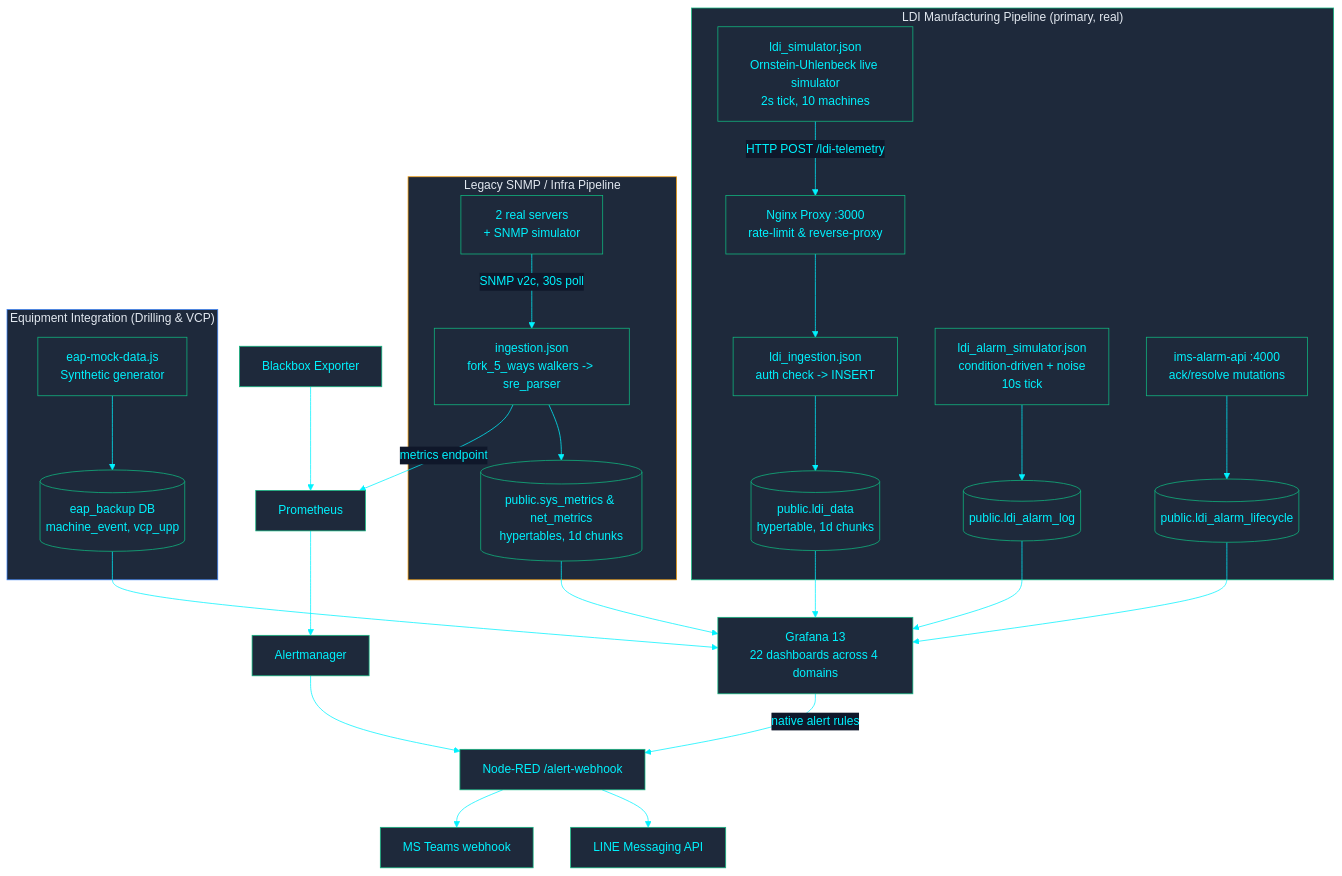
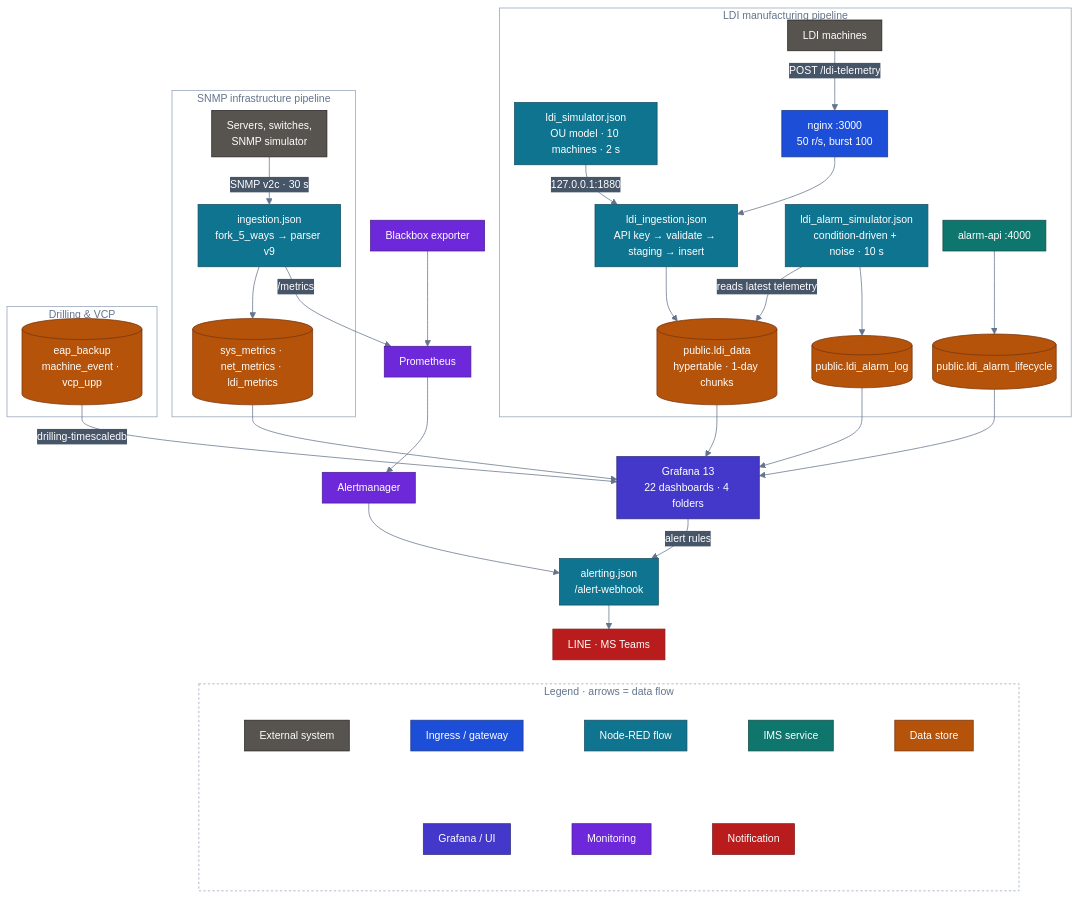
Before and after one commit to PATTANAKORN025/IMS: the diagram in docs/architecture/ARCHITECTURE.md, drawn with Mermaid. The commit also changed 84 other files, not shown here.

First line of the commit message:
docs(diagrams): one verified, accessible standard for every Mermaid diagram

````diff
--- a/docs/architecture/ARCHITECTURE.md
+++ b/docs/architecture/ARCHITECTURE.md
@@ -28,36 +28,80 @@
 ```mermaid
-%%{init: {'theme': 'base', 'themeVariables': { 'primaryColor': '#1e293b', 'primaryTextColor': '#00F2FE', 'primaryBorderColor': '#10B981', 'lineColor': '#00F2FE', 'secondaryColor': '#0f172a', 'tertiaryColor': '#0f172a', 'clusterBkg': '#030407', 'clusterBorder': '#00F2FE'}}}%%
+%%{init: {"flowchart": {"nodeSpacing": 20, "rankSpacing": 32, "padding": 10, "wrappingWidth": 150, "curve": "basis"}, "sequence": {"wrap": true, "width": 170, "actorMargin": 36, "boxMargin": 8, "noteMargin": 8, "messageMargin": 30, "mirrorActors": false}, "state": {"padding": 6}, "theme": "base", "themeVariables": {"fontFamily": "Inter, Segoe UI, Helvetica, Arial, sans-serif", "fontSize": "14px", "primaryColor": "#334155", "primaryTextColor": "#ffffff", "primaryBorderColor": "#1e293b", "lineColor": "#64748b", "textColor": "#64748b", "secondaryColor": "#475569", "tertiaryColor": "#f1f5f9", "clusterBkg": "transparent", "clusterBorder": "#94a3b8", "titleColor": "#64748b", "edgeLabelBackground": "#475569", "nodeTextColor": "#ffffff", "noteBkgColor": "#fef3c7", "noteTextColor": "#1e293b", "noteBorderColor": "#d97706", "actorBkg": "#334155", "actorTextColor": "#ffffff", "actorBorder": "#1e293b", "actorLineColor": "#94a3b8", "signalColor": "#64748b", "signalTextColor": "#64748b", "labelBoxBkgColor": "#334155", "labelBoxBorderColor": "#1e293b", "labelTextColor": "#ffffff", "loopTextColor": "#64748b", "activationBkgColor": "#e2e8f0", "sequenceNumberColor": "#ffffff", "stateLabelColor": "#ffffff", "compositeBackground": "transparent", "transitionColor": "#64748b", "transitionLabelColor": "#64748b"}}}%%
 flowchart TB
- subgraph LDI ["LDI Manufacturing Pipeline (primary, real)"]
-  SIM["ldi_simulator.json\nOrnstein-Uhlenbeck live simulator\n2s tick, 10 machines"] -->|"HTTP POST /ldi-telemetry"| PROXY["Nginx Proxy :3000\nrate-limit & reverse-proxy"]
-  PROXY --> ING["ldi_ingestion.json\nauth check -> INSERT"]
-  ING --> LDIDATA[("public.ldi_data\nhypertable, 1d chunks")]
-  ALMSIM["ldi_alarm_simulator.json\ncondition-driven + noise\n10s tick"] --> ALARMLOG[("public.ldi_alarm_log")]
-  ALARMAPI["ims-alarm-api :4000\nack/resolve mutations"] --> ALARMLC[("public.ldi_alarm_lifecycle")]
- end
+  accTitle: IMS telemetry pipelines
+  accDescr: The LDI pipeline (HTTP, staged write) and the SNMP infrastructure pipeline write to TimescaleDB; drilling and VCP data live in the separate eap_backup database; both alert engines deliver through the Node-RED webhook.
 
- subgraph LEGACY ["Legacy SNMP / Infra Pipeline"]
-  DEV["2 real servers\n+ SNMP simulator"] -->|"SNMP v2c, 30s poll"| NR["ingestion.json\nfork_5_ways walkers -> sre_parser"]
-  NR --> SNMPDATA[("public.sys_metrics & net_metrics\nhypertables, 1d chunks")]
- end
+  subgraph LDI["LDI manufacturing pipeline"]
+    LDIM["LDI machines"]:::ext
+    SIM["ldi_simulator.json<br/>OU model · 10 machines · 2 s"]:::flow
+    PROXY["nginx :3000<br/>50 r/s, burst 100"]:::ingress
+    ING["ldi_ingestion.json<br/>API key → validate → staging → insert"]:::flow
+    LDIDATA[("public.ldi_data<br/>hypertable · 1-day chunks")]:::store
+    ALMSIM["ldi_alarm_simulator.json<br/>condition-driven + noise · 10 s"]:::flow
+    ALARMLOG[("public.ldi_alarm_log")]:::store
+    ALARMAPI["alarm-api :4000"]:::app
+    ALARMLC[("public.ldi_alarm_lifecycle")]:::store
+  end
 
- subgraph EAP ["Equipment Integration (Drilling & VCP)"]
-  MOCK["eap-mock-data.js\nSynthetic generator"] --> EAPDB[("eap_backup DB\nmachine_event, vcp_upp")]
- end
+  subgraph INFRA["SNMP infrastructure pipeline"]
+    DEV["Servers, switches,<br/>SNMP simulator"]:::ext
+    NR["ingestion.json<br/>fork_5_ways → parser v9"]:::flow
+    SNMPDATA[("sys_metrics · net_metrics · ldi_metrics")]:::store
+  end
 
- LDIDATA --> GRAFANA["Grafana 13\n22 dashboards across 4 domains"]
- ALARMLOG --> GRAFANA
- ALARMLC --> GRAFANA
- SNMPDATA --> GRAFANA
- EAPDB --> GRAFANA
- NR -->|"metrics endpoint"| PROM["Prometheus"]
- BBOX["Blackbox Exporter"] --> PROM
- GRAFANA -->|"native alert rules"| NRWEBHOOK["Node-RED /alert-webhook"]
- PROM --> AM["Alertmanager"] --> NRWEBHOOK
- NRWEBHOOK --> LINE["LINE Messaging API"]
- NRWEBHOOK --> TEAMS["MS Teams webhook"]
+  subgraph EAP["Drilling & VCP"]
+    EAPDB[("eap_backup<br/>machine_event · vcp_upp")]:::store
+  end
 
- style LDI fill:#1e293b,stroke:#10B981,color:#e2e8f0
- style LEGACY fill:#1e293b,stroke:#F59E0B,color:#e2e8f0
- style EAP fill:#1e293b,stroke:#3B82F6,color:#e2e8f0
+  GRAFANA["Grafana 13<br/>22 dashboards · 4 folders"]:::viz
+  PROM["Prometheus"]:::obs
+  BBOX["Blackbox exporter"]:::obs
+  AM["Alertmanager"]:::obs
+  HOOK["alerting.json<br/>/alert-webhook"]:::flow
+  NOTIFY["LINE · MS Teams"]:::notify
+
+  LDIM -->|"POST /ldi-telemetry"| PROXY --> ING
+  SIM -->|"127.0.0.1:1880"| ING
+  ING --> LDIDATA
+  ALMSIM -->|"reads latest telemetry"| LDIDATA
+  ALMSIM --> ALARMLOG
+  ALARMAPI --> ALARMLC
+  DEV -->|"SNMP v2c · 30 s"| NR --> SNMPDATA
+  LDIDATA --> GRAFANA
+  ALARMLOG --> GRAFANA
+  ALARMLC --> GRAFANA
+  SNMPDATA --> GRAFANA
+  EAPDB -->|"drilling-timescaledb"| GRAFANA
+  NR -->|"/metrics"| PROM
+  BBOX --> PROM
+  PROM --> AM --> HOOK
+  GRAFANA -->|"alert rules"| HOOK
+  HOOK --> NOTIFY
+
+  subgraph LEGEND["Legend · arrows = data flow"]
+    direction TB
+    subgraph LEGEND_0[" "]
+      direction LR
+      LG_ext["External system"]:::ext ~~~ LG_ingress["Ingress / gateway"]:::ingress ~~~ LG_flow["Node-RED flow"]:::flow ~~~ LG_app["IMS service"]:::app ~~~ LG_store["Data store"]:::store
+    end
+    subgraph LEGEND_1[" "]
+      direction LR
+      LG_viz["Grafana / UI"]:::viz ~~~ LG_obs["Monitoring"]:::obs ~~~ LG_notify["Notification"]:::notify
+    end
+    LEGEND_0 ~~~ LEGEND_1
+  end
+  NOTIFY ~~~ LEGEND
+  style LEGEND fill:transparent,stroke:#94a3b8,stroke-dasharray:3 3
+  style LEGEND_0 fill:transparent,stroke:transparent
+  style LEGEND_1 fill:transparent,stroke:transparent
+  classDef actor fill:#475569,stroke:#1e293b,color:#ffffff,stroke-width:1px
+  classDef ext fill:#57534e,stroke:#292524,color:#ffffff,stroke-width:1px
+  classDef ingress fill:#1d4ed8,stroke:#1e3a8a,color:#ffffff,stroke-width:1px
+  classDef app fill:#0f766e,stroke:#134e4a,color:#ffffff,stroke-width:1px
+  classDef flow fill:#0e7490,stroke:#164e63,color:#ffffff,stroke-width:1px
+  classDef store fill:#b45309,stroke:#78350f,color:#ffffff,stroke-width:1px
+  classDef viz fill:#4338ca,stroke:#312e81,color:#ffffff,stroke-width:1px
+  classDef obs fill:#6d28d9,stroke:#4c1d95,color:#ffffff,stroke-width:1px
+  classDef notify fill:#b91c1c,stroke:#7f1d1d,color:#ffffff,stroke-width:1px
+  classDef future fill:#f8fafc,stroke:#94a3b8,color:#475569,stroke-width:1px,stroke-dasharray:4 3
 ```
````
